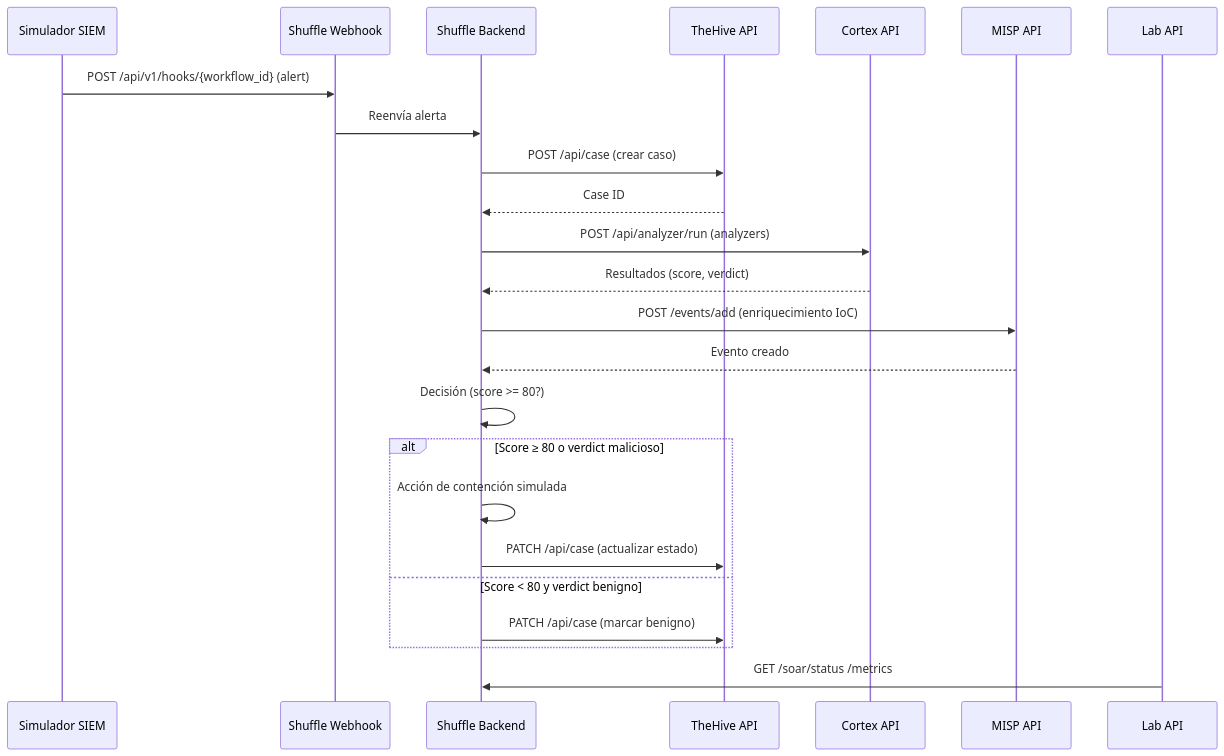
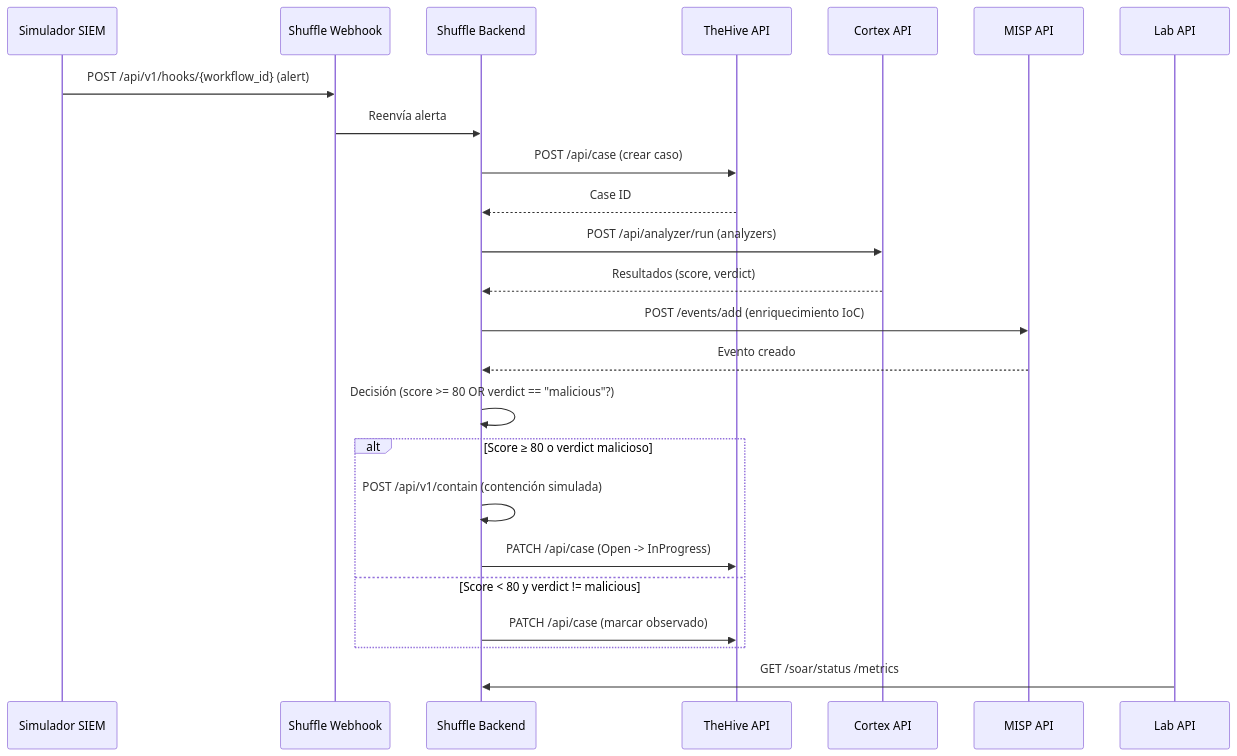
Before and after one commit to alesanfe/soar-ransomware-lab: the seventh of 13 diagrams in docs/thesis/appendix_h.md, drawn with Mermaid. The commit also changed other lines of this file, not shown here.

````diff
--- a/docs/thesis/appendix_h.md
+++ b/docs/thesis/appendix_h.md
@@ -256,27 +270,27 @@
 ```mermaid
 sequenceDiagram
  participant Sim as Simulador SIEM
  participant Shuffle as Shuffle Webhook
  participant Backend as Shuffle Backend
  participant TheHive as TheHive API
  participant Cortex as Cortex API
  participant MISP as MISP API
  participant LabAPI as Lab API
 
  Sim->>Shuffle: POST /api/v1/hooks/{workflow_id} (alert)
  Shuffle->>Backend: Reenvía alerta
  Backend->>TheHive: POST /api/case (crear caso)
  TheHive-->>Backend: Case ID
  Backend->>Cortex: POST /api/analyzer/run (analyzers)
  Cortex-->>Backend: Resultados (score, verdict)
  Backend->>MISP: POST /events/add (enriquecimiento IoC)
  MISP-->>Backend: Evento creado
- Backend->>Backend: Decisión (score >= 80?)
+ Backend->>Backend: Decisión (score >= 80 OR verdict == "malicious"?)
  alt Score ≥ 80 o verdict malicioso
- Backend->>Backend: Acción de contención simulada
- Backend->>TheHive: PATCH /api/case (actualizar estado)
- else Score < 80 y verdict benigno
- Backend->>TheHive: PATCH /api/case (marcar benigno)
+ Backend->>Backend: POST /api/v1/contain (contención simulada)
+ Backend->>TheHive: PATCH /api/case (Open -> InProgress)
+ else Score < 80 y verdict != malicious
+ Backend->>TheHive: PATCH /api/case (marcar observado)
  end
  LabAPI->>Backend: GET /soar/status /metrics
 ```
````
